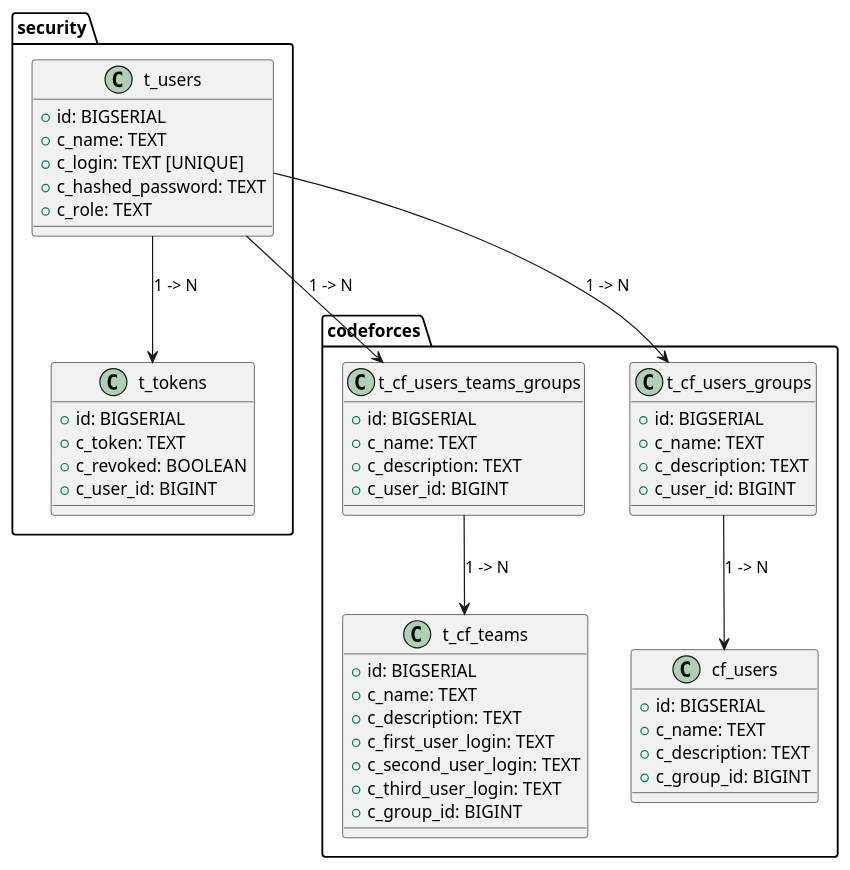
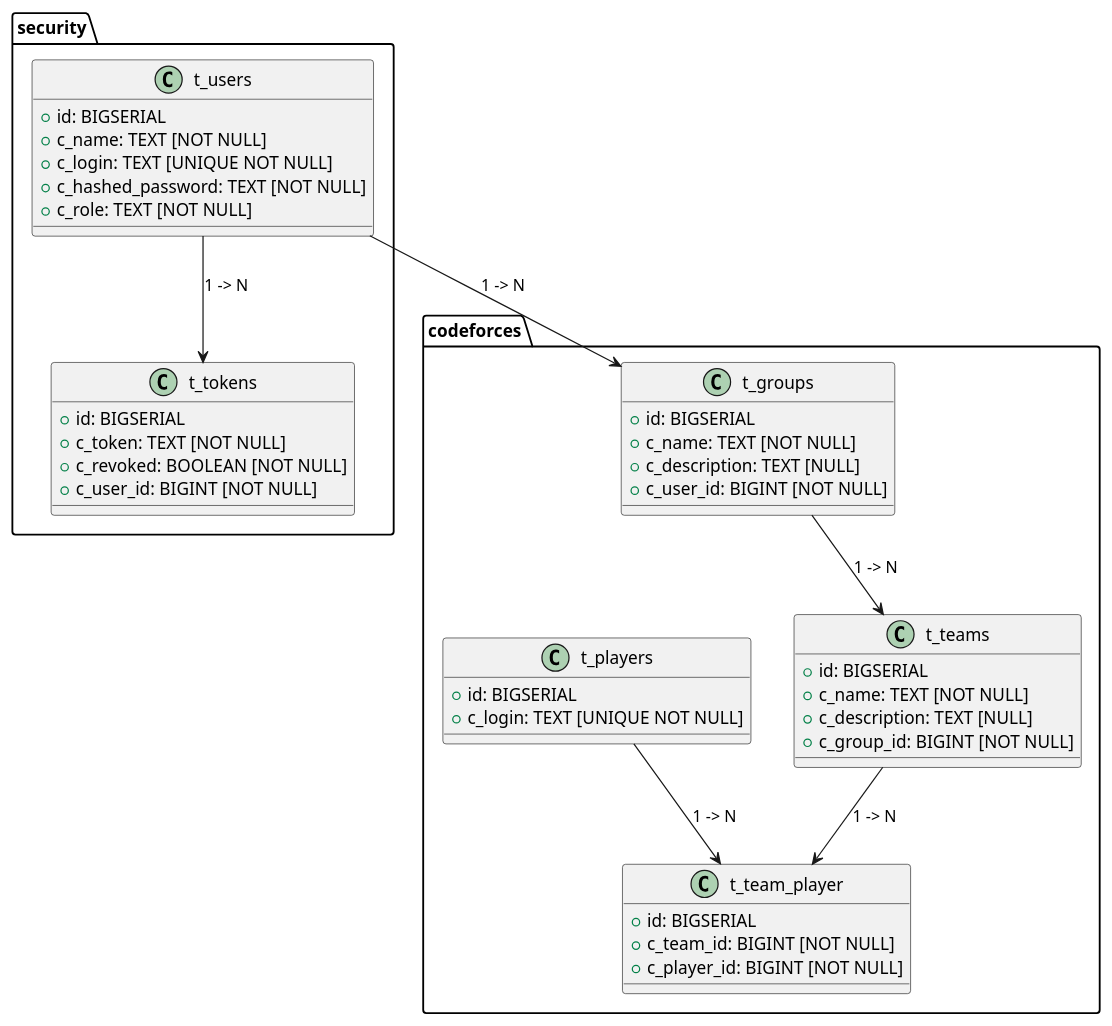
Before and after one commit to AlexanderGarifullin/T-Bank2024.Fintech-Java-dev-Course-Project: the diagram in docs/diagram/sources.md, drawn with PlantUML. The commit also changed 2 other files, not shown here.

Commit message:
doc/codeforces/test Добавил итоговую схему бд + код для ее построения (#8)

````diff
--- a/docs/diagram/sources.md
+++ b/docs/diagram/sources.md
@@ -2,66 +2,57 @@
 ```PlantUML
 @startuml
 
-' Указываем пакеты для схем
 package "security" {
     class t_users {
         +id: BIGSERIAL
-        +c_name: TEXT
-        +c_login: TEXT [UNIQUE]
-        +c_hashed_password: TEXT
-        +c_role: TEXT
+        +c_name: TEXT [NOT NULL]
+        +c_login: TEXT [UNIQUE NOT NULL]
+        +c_hashed_password: TEXT [NOT NULL]
+        +c_role: TEXT [NOT NULL]
     }
 
     class t_tokens {
         +id: BIGSERIAL
-        +c_token: TEXT
-        +c_revoked: BOOLEAN
-        +c_user_id: BIGINT
+        +c_token: TEXT [NOT NULL]
+        +c_revoked: BOOLEAN [NOT NULL]
+        +c_user_id: BIGINT [NOT NULL]
     }
     
     t_users --> t_tokens: "1 -> N"
 }
 
 package "codeforces" {
-    class t_cf_users_teams_groups {
+    class t_groups {
         +id: BIGSERIAL
-        +c_name: TEXT
-        +c_description: TEXT
-        +c_user_id: BIGINT
+        +c_name: TEXT [NOT NULL]
+        +c_description: TEXT [NULL]
+        +c_user_id: BIGINT [NOT NULL]
     }
 
-    class t_cf_teams {
-        +id: BIGSERIAL
-        +c_name: TEXT
-        +c_description: TEXT
-        +c_first_user_login: TEXT
-        +c_second_user_login: TEXT
-        +c_third_user_login: TEXT
-        +c_group_id: BIGINT
+    class t_teams {
+      +id: BIGSERIAL
+      +c_name: TEXT [NOT NULL]
+      +c_description: TEXT [NULL]
+      +c_group_id: BIGINT [NOT NULL]
     }
-
-    class t_cf_users_groups {
-        +id: BIGSERIAL
-        +c_name: TEXT
-        +c_description: TEXT
-        +c_user_id: BIGINT
+    
+    class t_players {
+      +id: BIGSERIAL
+      +c_login: TEXT [UNIQUE NOT NULL]
     }
-
-    class cf_users {
-        +id: BIGSERIAL
-        +c_name: TEXT
-        +c_description: TEXT
-        +c_group_id: BIGINT
+    
+    class t_team_player {
+      +id: BIGSERIAL
+      +c_team_id: BIGINT [NOT NULL]
+      +c_player_id: BIGINT [NOT NULL]
     }
-
-    t_cf_users_teams_groups --> t_cf_teams: "1 -> N"
-    t_cf_users_groups --> cf_users: "1 -> N"
 }
 
-' Внешние ключи между схемами
-security.t_users --> codeforces.t_cf_users_teams_groups: "1 -> N"
-security.t_users --> codeforces.t_cf_users_groups: "1 -> N"
-
+security.t_users --> codeforces.t_groups: "1 -> N"
+codeforces.t_groups --> codeforces.t_teams: "1 -> N"
+codeforces.t_teams --> codeforces.t_team_player: "1 -> N"
+codeforces.t_players --> codeforces.t_team_player: "1 -> N"
 @enduml
 
+
 ```
````
